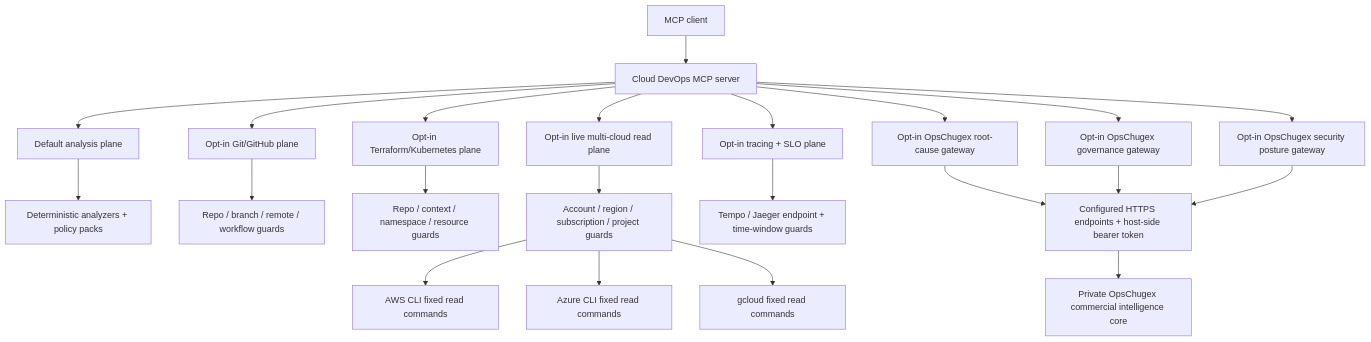
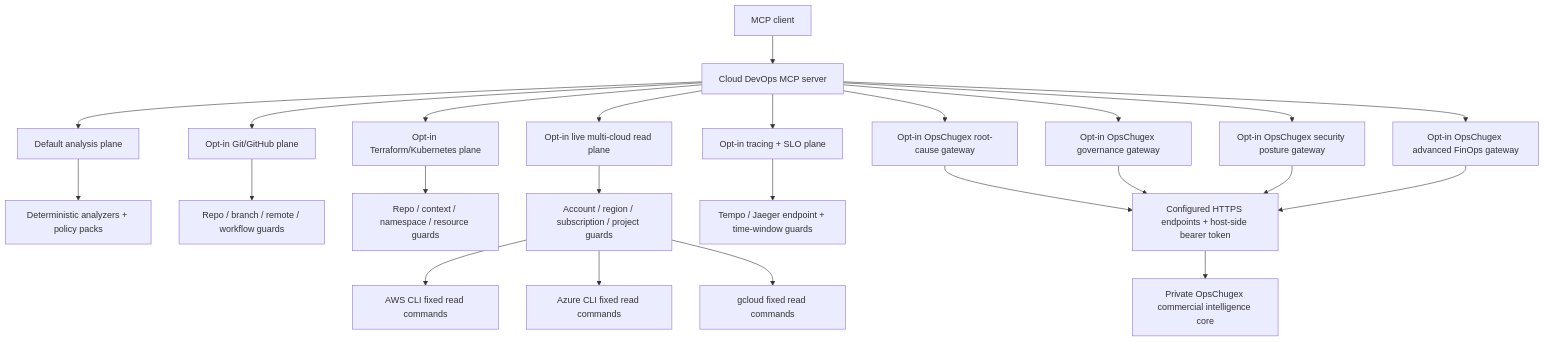
The diagram in docs/architecture.md (alexcgodwin/cloud-devops-mcp-server), drawn with Mermaid before and after one commit. The commit also changed other lines of this file and 14 other files, not shown here.

Commit message:
Add v0.13 OpsChugex advanced FinOps gateway (#30)

````diff
--- a/docs/architecture.md
+++ b/docs/architecture.md
@@ -21,26 +22,28 @@
 ```mermaid
 flowchart TD
   Client["MCP client"] --> Server["Cloud DevOps MCP server"]
   Server --> Analysis["Default analysis plane"]
   Server --> GitOps["Opt-in Git/GitHub plane"]
   Server --> Infra["Opt-in Terraform/Kubernetes plane"]
   Server --> Cloud["Opt-in live multi-cloud read plane"]
   Server --> Trace["Opt-in tracing + SLO plane"]
   Server --> RootCause["Opt-in OpsChugex root-cause gateway"]
   Server --> Governance["Opt-in OpsChugex governance gateway"]
   Server --> Security["Opt-in OpsChugex security posture gateway"]
+  Server --> FinOps["Opt-in OpsChugex advanced FinOps gateway"]
 
   Analysis --> Logic["Deterministic analyzers + policy packs"]
   GitOps --> GitGuards["Repo / branch / remote / workflow guards"]
   Infra --> InfraGuards["Repo / context / namespace / resource guards"]
   Cloud --> CloudGuards["Account / region / subscription / project guards"]
   Trace --> TraceGuards["Tempo / Jaeger endpoint + time-window guards"]
   RootCause --> OpsGuards["Configured HTTPS endpoints + host-side bearer token"]
   Governance --> OpsGuards
   Security --> OpsGuards
+  FinOps --> OpsGuards
   OpsGuards --> PrivateCore["Private OpsChugex commercial intelligence core"]
 
   CloudGuards --> AWS["AWS CLI fixed read commands"]
   CloudGuards --> Azure["Azure CLI fixed read commands"]
   CloudGuards --> GCP["gcloud fixed read commands"]
 ```
````
